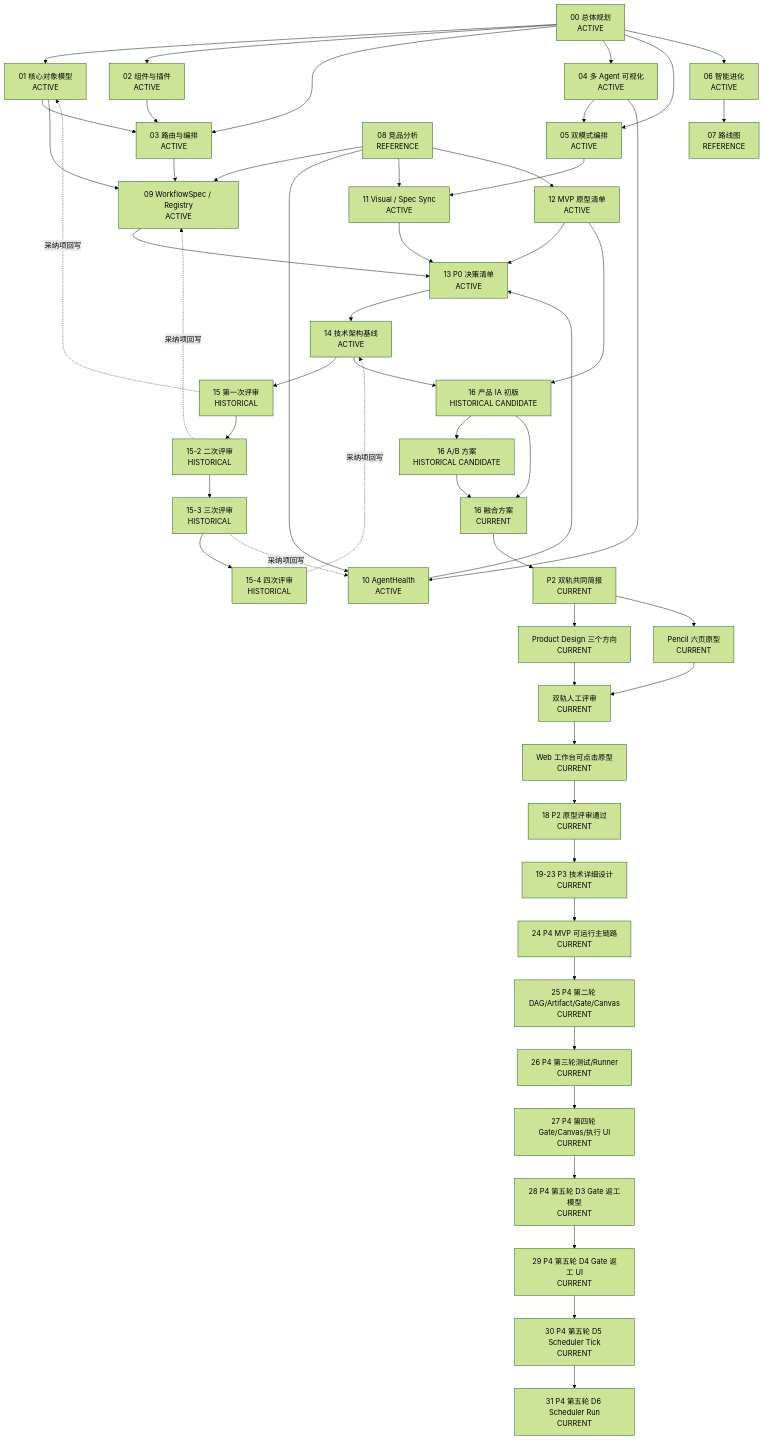
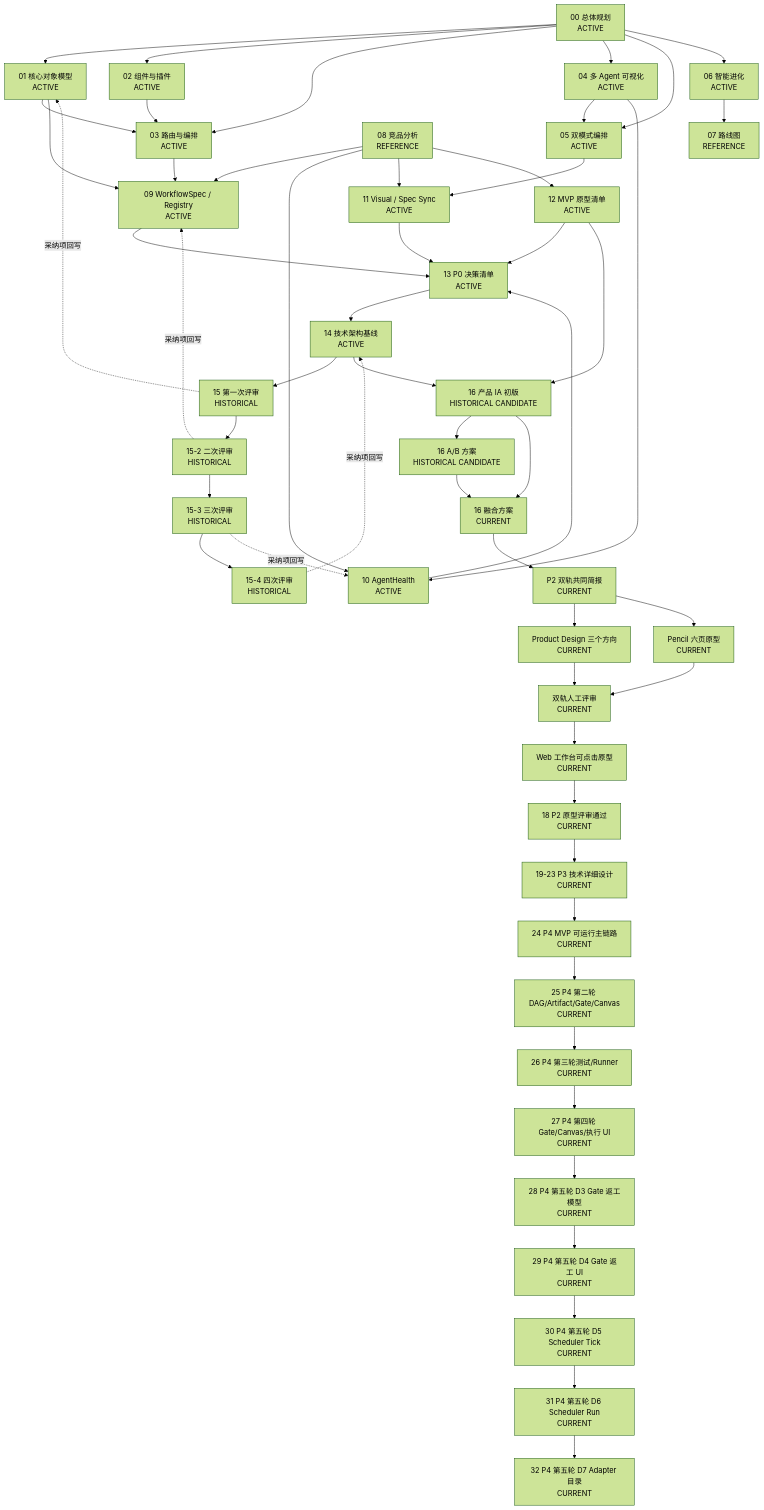
Before and after one commit to haozhangyue/miracle-agent: the diagram in 17_文档资产关联与AI阅读导航.md, drawn with Mermaid (forest theme). The commit also changed other lines of this file and 18 other files, not shown here.

````diff
--- a/17_文档资产关联与AI阅读导航.md
+++ b/17_文档资产关联与AI阅读导航.md
@@ -78,73 +78,74 @@
 ```mermaid
 flowchart TD
   P00["00 总体规划<br/>ACTIVE"]
   P01["01 核心对象模型<br/>ACTIVE"]
   P02["02 组件与插件<br/>ACTIVE"]
   P03["03 路由与编排<br/>ACTIVE"]
   P04["04 多 Agent 可视化<br/>ACTIVE"]
   P05["05 双模式编排<br/>ACTIVE"]
   P06["06 智能进化<br/>ACTIVE"]
   P07["07 路线图<br/>REFERENCE"]
 
   P00 --> P01
   P00 --> P02
   P00 --> P03
   P00 --> P04
   P00 --> P05
   P00 --> P06
   P01 --> P03
   P02 --> P03
   P04 --> P05
   P06 --> P07
 
   P08["08 竞品分析<br/>REFERENCE"]
   P08 --> P09["09 WorkflowSpec / Registry<br/>ACTIVE"]
   P08 --> P10["10 AgentHealth<br/>ACTIVE"]
   P08 --> P11["11 Visual / Spec Sync<br/>ACTIVE"]
   P08 --> P12["12 MVP 原型清单<br/>ACTIVE"]
 
   P01 --> P09
   P03 --> P09
   P04 --> P10
   P05 --> P11
 
   P09 --> P13["13 P0 决策清单<br/>ACTIVE"]
   P10 --> P13
   P11 --> P13
   P12 --> P13
 
   P13 --> P14["14 技术架构基线<br/>ACTIVE"]
 
   P14 --> R1["15 第一次评审<br/>HISTORICAL"]
   R1 --> R2["15-2 二次评审<br/>HISTORICAL"]
   R2 --> R3["15-3 三次评审<br/>HISTORICAL"]
   R3 --> R4["15-4 四次评审<br/>HISTORICAL"]
 
   R1 -.采纳项回写.-> P01
   R2 -.采纳项回写.-> P09
   R3 -.采纳项回写.-> P10
   R4 -.采纳项回写.-> P14
 
   P14 --> IA1["16 产品 IA 初版<br/>HISTORICAL CANDIDATE"]
   P12 --> IA1
   IA1 --> IAB["16 A/B 方案<br/>HISTORICAL CANDIDATE"]
   IA1 --> IAF["16 融合方案<br/>CURRENT"]
   IAB --> IAF
 
   IAF --> Brief["P2 双轨共同简报<br/>CURRENT"]
   Brief --> PD["Product Design 三个方向<br/>CURRENT"]
   Brief --> Pencil["Pencil 六页原型<br/>CURRENT"]
   PD --> Review["双轨人工评审<br/>CURRENT"]
   Pencil --> Review
   Review --> Fusion["Web 工作台可点击原型<br/>CURRENT"]
   Fusion --> P18["18 P2 原型评审通过<br/>CURRENT"]
   P18 --> P3["19-23 P3 技术详细设计<br/>CURRENT"]
   P3 --> P4["24 P4 MVP 可运行主链路<br/>CURRENT"]
   P4 --> P4B["25 P4 第二轮 DAG/Artifact/Gate/Canvas<br/>CURRENT"]
   P4B --> P4C["26 P4 第三轮测试/Runner<br/>CURRENT"]
   P4C --> P4D["27 P4 第四轮 Gate/Canvas/执行 UI<br/>CURRENT"]
   P4D --> P4E["28 P4 第五轮 D3 Gate 返工模型<br/>CURRENT"]
   P4E --> P4F["29 P4 第五轮 D4 Gate 返工 UI<br/>CURRENT"]
   P4F --> P4G["30 P4 第五轮 D5 Scheduler Tick<br/>CURRENT"]
   P4G --> P4H["31 P4 第五轮 D6 Scheduler Run<br/>CURRENT"]
+  P4H --> P4I["32 P4 第五轮 D7 Adapter 目录<br/>CURRENT"]
 ```
````
